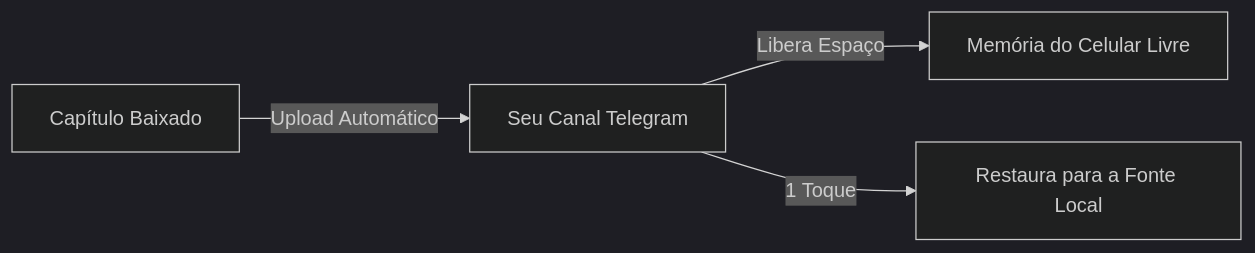
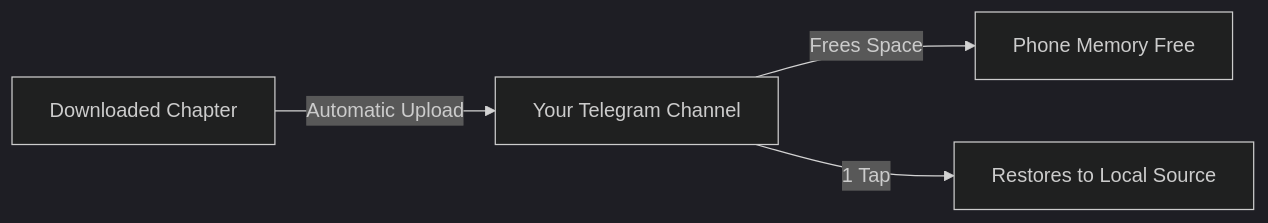
One commit to kiritsuguxs/yomotsu changed the diagram in README.md. Above: the diagram before and after it, drawn with Mermaid (dark theme). The commit also changed other lines of this file and 4 other files, not shown here.

````diff
--- a/README.md
+++ b/README.md
@@ -147,6 +148,6 @@
 ```mermaid
 flowchart LR
-    A[Capítulo Baixado] -->|Upload Automático| B[Seu Canal Telegram]
-    B -->|Libera Espaço| C[Memória do Celular Livre]
-    B -->|1 Toque| D[Restaura para a Fonte Local]
+    A[Downloaded Chapter] -->|Automatic Upload| B[Your Telegram Channel]
+    B -->|Frees Space| C[Phone Memory Free]
+    B -->|1 Tap| D[Restores to Local Source]
 ```
````
